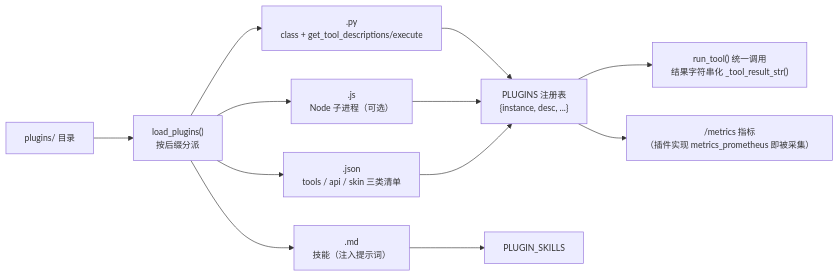
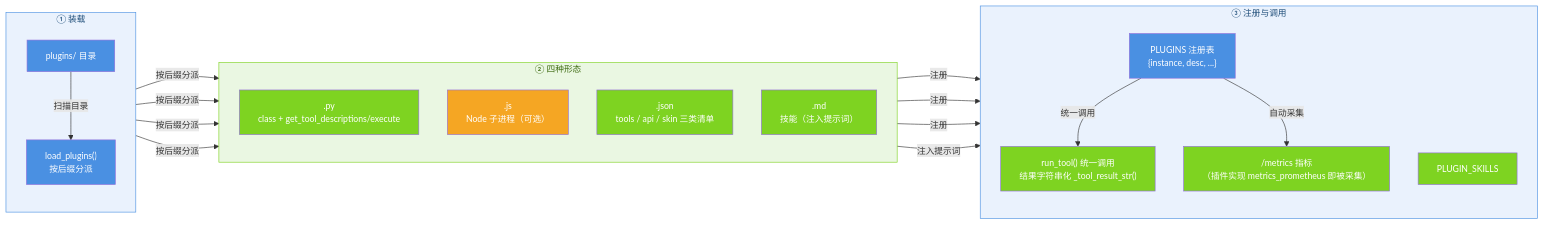
Before and after one commit to jiangchuangege/xiaojiao-harnees: the third of 5 diagrams in ARCHITECTURE.md, drawn with Mermaid. The commit also changed other lines of this file and 30 other files, not shown here.

First line of the commit message:
﻿全仓 Mermaid 图统一 + 对比表与 License 修正

````diff
--- a/ARCHITECTURE.md
+++ b/ARCHITECTURE.md
@@ -160,15 +189,50 @@
 ```mermaid
-%%{init: {"themeVariables": {"fontSize": "14px"}, "flowchart": {"htmlLabels": true, "wrappingWidth": 320, "nodeSpacing": 46, "rankSpacing": 64, "useMaxWidth": true}}}%%
 flowchart LR
-    D["plugins/ 目录"] --> L["load_plugins()<br/>按后缀分派"]
-    L --> P1[".py<br/>class + get_tool_descriptions/execute"]
-    L --> P2[".js<br/>Node 子进程（可选）"]
-    L --> P3[".json<br/>tools / api / skin 三类清单"]
-    L --> P4[".md<br/>技能（注入提示词）"]
-    P1 --> R["PLUGINS 注册表<br/>{instance, desc, ...}"]
-    P2 --> R
-    P3 --> R
-    P4 --> SK["PLUGIN_SKILLS"]
-    R --> EX["run_tool() 统一调用<br/>结果字符串化 _tool_result_str()"]
-    R --> MT["/metrics 指标<br/>（插件实现 metrics_prometheus 即被采集）"]
+%%{init: {"themeVariables": {"fontSize": "14px"}, "flowchart": {"htmlLabels": true, "wrappingWidth": 340, "nodeSpacing": 46, "rankSpacing": 64, "useMaxWidth": true}}}%%
+    subgraph LOAD["① 装载"]
+        direction TB
+        D["plugins/ 目录"]
+        L["load_plugins()<br/>按后缀分派"]
+    end
+
+    subgraph FORM["② 四种形态"]
+        direction TB
+        P1[".py<br/>class + get_tool_descriptions/execute"]
+        P2[".js<br/>Node 子进程（可选）"]
+        P3[".json<br/>tools / api / skin 三类清单"]
+        P4[".md<br/>技能（注入提示词）"]
+    end
+
+    subgraph REG["③ 注册与调用"]
+        direction TB
+        R["PLUGINS 注册表<br/>{instance, desc, ...}"]
+        SK["PLUGIN_SKILLS"]
+        EX["run_tool() 统一调用<br/>结果字符串化 _tool_result_str()"]
+        MT["/metrics 指标<br/>（插件实现 metrics_prometheus 即被采集）"]
+    end
+
+    D -->|"扫描目录"| L
+    L -->|"按后缀分派"| P1
+    L -->|"按后缀分派"| P2
+    L -->|"按后缀分派"| P3
+    L -->|"按后缀分派"| P4
+    P1 -->|"注册"| R
+    P2 -->|"注册"| R
+    P3 -->|"注册"| R
+    P4 -->|"注入提示词"| SK
+    R -->|"统一调用"| EX
+    R -->|"自动采集"| MT
+    style LOAD fill:#EAF2FD,stroke:#4A90E2,color:#1F4E79
+    style FORM fill:#EAF7E2,stroke:#7ED321,color:#3E6B12
+    style REG fill:#EAF2FD,stroke:#4A90E2,color:#1F4E79
+    style D fill:#4A90E2,color:#fff
+    style L fill:#4A90E2,color:#fff
+    style P1 fill:#7ED321,color:#fff
+    style P3 fill:#7ED321,color:#fff
+    style P4 fill:#7ED321,color:#fff
+    style P2 fill:#F5A623,color:#fff
+    style R fill:#4A90E2,color:#fff
+    style SK fill:#7ED321,color:#fff
+    style EX fill:#7ED321,color:#fff
+    style MT fill:#7ED321,color:#fff
 ```
````
